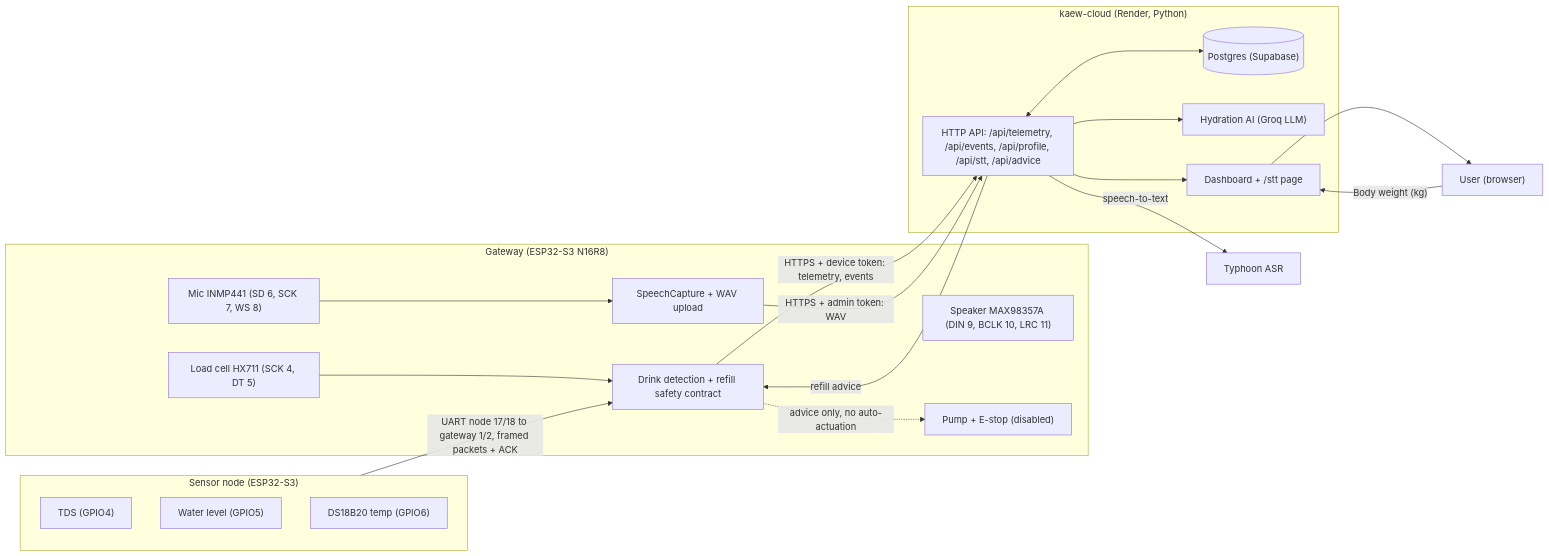
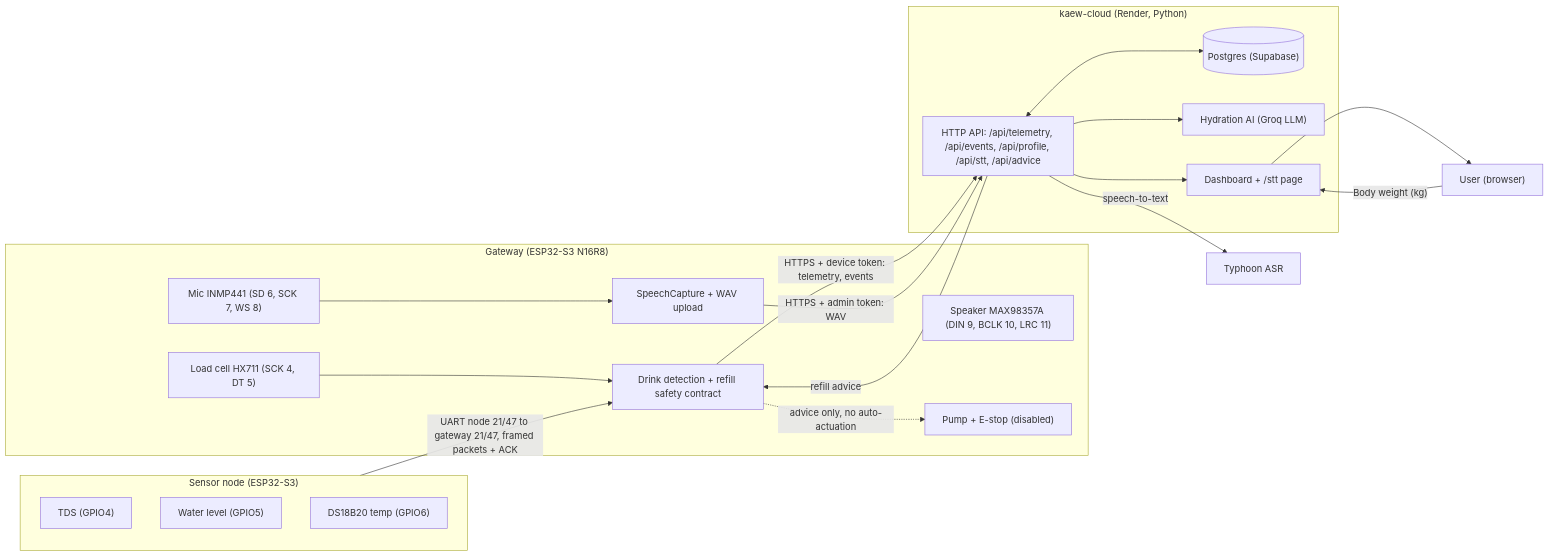
One commit to theanrawich/Kaew changed the diagram in docs/architecture.md. Above: the diagram before and after it, drawn with Mermaid. The commit also changed other lines of this file and 7 other files, not shown here.

Commit message:
Move node-gateway UART to GPIO21/47 on both boards (#38)

````diff
--- a/docs/architecture.md
+++ b/docs/architecture.md
@@ -3,41 +3,41 @@
 ```mermaid
 flowchart LR
   subgraph Node["Sensor node (ESP32-S3)"]
     TDS["TDS (GPIO4)"]
     LVL["Water level (GPIO5)"]
     TMP["DS18B20 temp (GPIO6)"]
   end
 
   subgraph GW["Gateway (ESP32-S3 N16R8)"]
     LC["Load cell HX711 (SCK 4, DT 5)"]
     MIC["Mic INMP441 (SD 6, SCK 7, WS 8)"]
     SPK["Speaker MAX98357A (DIN 9, BCLK 10, LRC 11)"]
     PUMP["Pump + E-stop (disabled)"]
     LOGIC["Drink detection + refill safety contract"]
     SPEECH["SpeechCapture + WAV upload"]
   end
 
   subgraph Cloud["kaew-cloud (Render, Python)"]
     API["HTTP API: /api/telemetry, /api/events, /api/profile, /api/stt, /api/advice"]
     DB[("Postgres (Supabase)")]
     AI["Hydration AI (Groq LLM)"]
     DASH["Dashboard + /stt page"]
   end
 
   TY["Typhoon ASR"]
   USER["User (browser)"]
 
-  Node -- "UART node 17/18 to gateway 1/2, framed packets + ACK" --> LOGIC
+  Node -- "UART node 21/47 to gateway 21/47, framed packets + ACK" --> LOGIC
   LC --> LOGIC
   MIC --> SPEECH
   LOGIC -. "advice only, no auto-actuation" .-> PUMP
   LOGIC -- "HTTPS + device token: telemetry, events" --> API
   SPEECH -- "HTTPS + admin token: WAV" --> API
   API -- "speech-to-text" --> TY
   API --> AI
   API <--> DB
   API -- "refill advice" --> LOGIC
   API --> DASH
   DASH --> USER
   USER -- "Body weight (kg)" --> DASH
 ```
````
